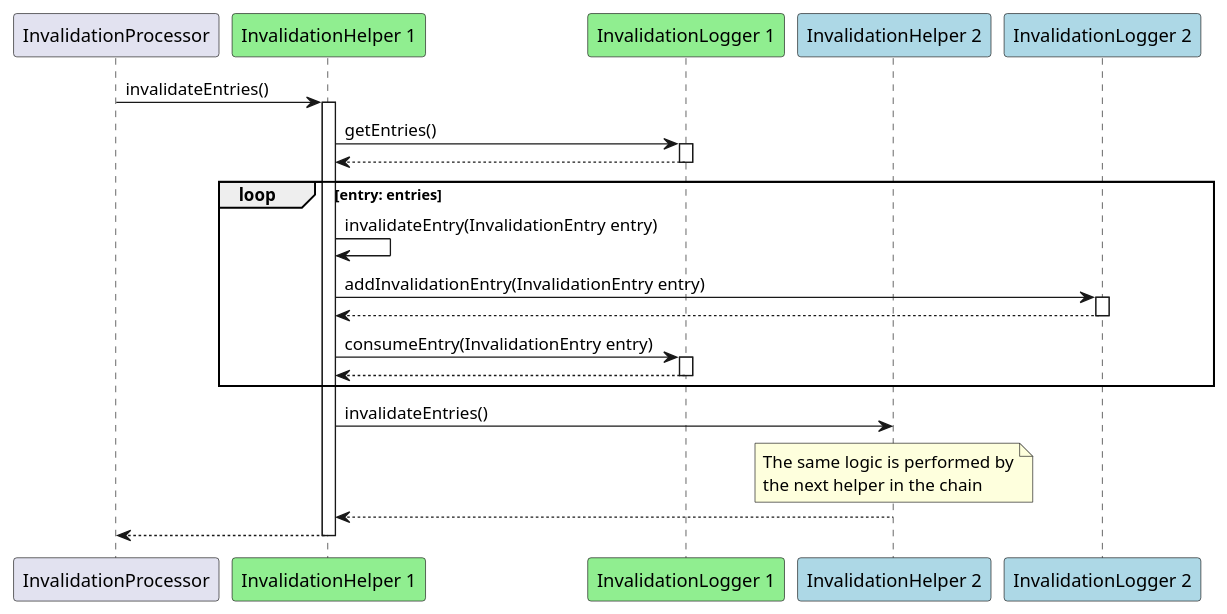
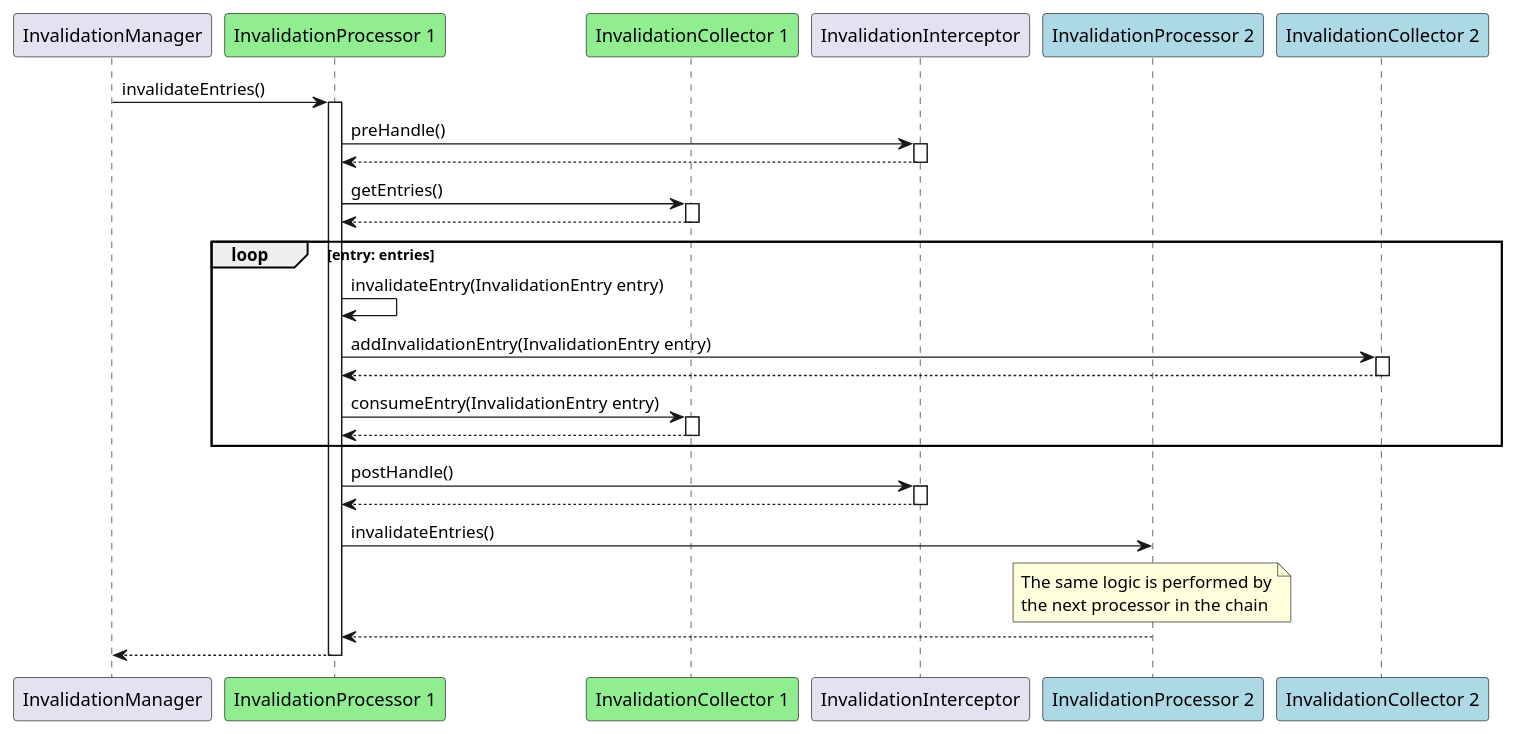
Before and after one commit to ppodgorsek/juncacher: the diagram in src/doc/uml/process_invalidation_entries_sequence.plantuml, drawn with PlantUML. The commit also changed 9 other files, not shown here.

Commit message:
Issue #20 - Update the sequence diagram * Updated the UML diagrams * Updated the README file

```diff
--- a/src/doc/uml/process_invalidation_entries_sequence.plantuml
+++ b/src/doc/uml/process_invalidation_entries_sequence.plantuml
@@ -1,38 +1,49 @@
 @startuml
 
-participant "InvalidationProcessor"
-participant "InvalidationHelper 1" #lightgreen
-participant "InvalidationLogger 1" #lightgreen
-participant "InvalidationHelper 2" #lightblue
-participant "InvalidationLogger 2" #lightblue
+participant "InvalidationManager"
+participant "InvalidationProcessor 1" #lightgreen
+participant "InvalidationCollector 1" #lightgreen
+participant "InvalidationInterceptor"
+participant "InvalidationProcessor 2" #lightblue
+participant "InvalidationCollector 2" #lightblue
 
-InvalidationProcessor -> "InvalidationHelper 1": invalidateEntries()
-activate "InvalidationHelper 1"
+InvalidationManager -> "InvalidationProcessor 1": invalidateEntries()
+activate "InvalidationProcessor 1"
 
-"InvalidationHelper 1" -> "InvalidationLogger 1": getEntries()
-activate "InvalidationLogger 1"
-"InvalidationLogger 1" --> "InvalidationHelper 1"
-deactivate "InvalidationLogger 1"
+"InvalidationProcessor 1" -> "InvalidationInterceptor": preHandle()
+activate "InvalidationInterceptor"
+"InvalidationInterceptor" --> "InvalidationProcessor 1"
+deactivate "InvalidationInterceptor"
+
+"InvalidationProcessor 1" -> "InvalidationCollector 1": getEntries()
+activate "InvalidationCollector 1"
+"InvalidationCollector 1" --> "InvalidationProcessor 1"
+deactivate "InvalidationCollector 1"
 
 loop entry: entries
-	"InvalidationHelper 1" -> "InvalidationHelper 1": invalidateEntry(InvalidationEntry entry)
+	"InvalidationProcessor 1" -> "InvalidationProcessor 1": invalidateEntry(InvalidationEntry entry)
 
-	"InvalidationHelper 1" -> "InvalidationLogger 2": addInvalidationEntry(InvalidationEntry entry)
-	activate "InvalidationLogger 2"
-	"InvalidationLogger 2" --> "InvalidationHelper 1"
-	deactivate "InvalidationLogger 2"
+	"InvalidationProcessor 1" -> "InvalidationCollector 2": addInvalidationEntry(InvalidationEntry entry)
+	activate "InvalidationCollector 2"
+	"InvalidationCollector 2" --> "InvalidationProcessor 1"
+	deactivate "InvalidationCollector 2"
 
-	"InvalidationHelper 1" -> "InvalidationLogger 1": consumeEntry(InvalidationEntry entry)
-	activate "InvalidationLogger 1"
-	"InvalidationLogger 1" --> "InvalidationHelper 1"
-	deactivate "InvalidationLogger 1"
+	"InvalidationProcessor 1" -> "InvalidationCollector 1": consumeEntry(InvalidationEntry entry)
+	activate "InvalidationCollector 1"
+	"InvalidationCollector 1" --> "InvalidationProcessor 1"
+	deactivate "InvalidationCollector 1"
 end
 
-"InvalidationHelper 1" -> "InvalidationHelper 2": invalidateEntries()
-note over "InvalidationHelper 2": The same logic is performed by\nthe next helper in the chain
-"InvalidationHelper 2" --> "InvalidationHelper 1"
+"InvalidationProcessor 1" -> "InvalidationInterceptor": postHandle()
+activate "InvalidationInterceptor"
+"InvalidationInterceptor" --> "InvalidationProcessor 1"
+deactivate "InvalidationInterceptor"
 
-"InvalidationHelper 1" --> InvalidationProcessor
-deactivate "InvalidationHelper 1"
+"InvalidationProcessor 1" -> "InvalidationProcessor 2": invalidateEntries()
+note over "InvalidationProcessor 2": The same logic is performed by\nthe next processor in the chain
+"InvalidationProcessor 2" --> "InvalidationProcessor 1"
+
+"InvalidationProcessor 1" --> InvalidationManager
+deactivate "InvalidationProcessor 1"
 
 @enduml
```
